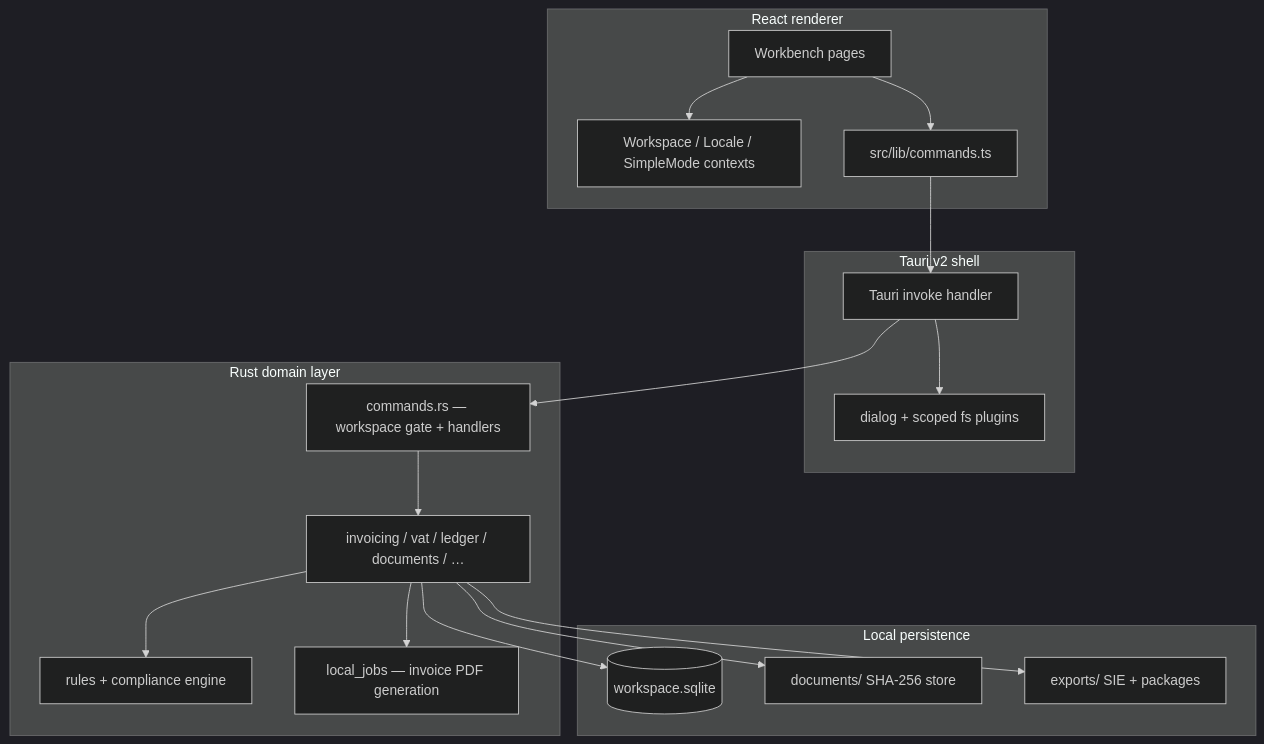
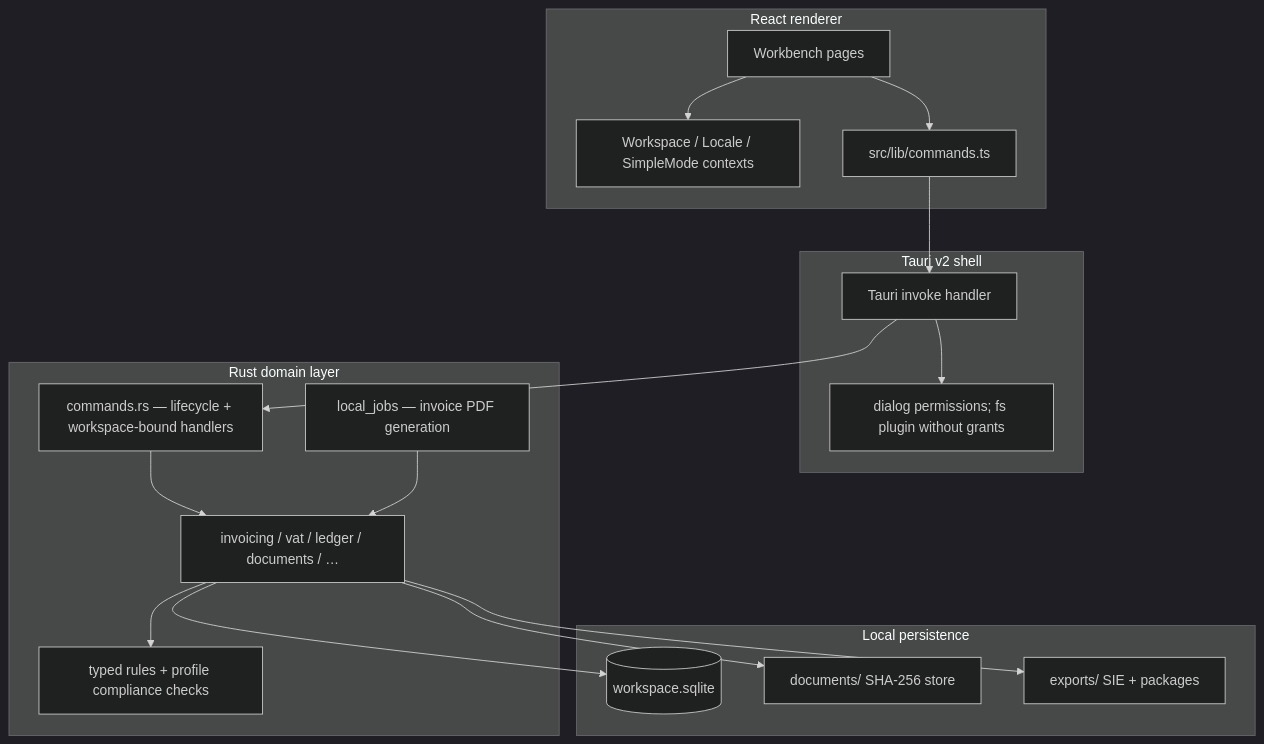
One commit to vomba/oppenbokforing changed the diagram in docs/CODEMAPS/ARCHITECTURE.md. Above: the diagram before and after it, drawn with Mermaid (dark theme). The commit also changed other lines of this file and 9 other files, not shown here.

Commit message:
docs(specs): establish product and adopted architecture graph

````diff
--- a/docs/CODEMAPS/ARCHITECTURE.md
+++ b/docs/CODEMAPS/ARCHITECTURE.md
@@ -9,38 +26,38 @@
 ```mermaid
 flowchart TB
   subgraph renderer [React renderer]
     Pages[Workbench pages]
     Ctx[Workspace / Locale / SimpleMode contexts]
     CmdWrap[src/lib/commands.ts]
     Pages --> Ctx
     Pages --> CmdWrap
   end
 
   subgraph tauri [Tauri v2 shell]
     Invoke[Tauri invoke handler]
-    Plugins[dialog + scoped fs plugins]
+    Plugins[dialog permissions; fs plugin without grants]
     CmdWrap --> Invoke
     Invoke --> Plugins
   end
 
   subgraph rust [Rust domain layer]
-    Commands[commands.rs — workspace gate + handlers]
+    Commands[commands.rs — lifecycle + workspace-bound handlers]
     Domains[invoicing / vat / ledger / documents / …]
-    Rules[rules + compliance engine]
+    Rules[typed rules + profile compliance checks]
     Jobs[local_jobs — invoice PDF generation]
     Commands --> Domains
     Domains --> Rules
-    Domains --> Jobs
+    Jobs --> Domains
   end
 
   subgraph storage [Local persistence]
     SQLite[(workspace.sqlite)]
     Docs[documents/ SHA-256 store]
     Exports[exports/ SIE + packages]
     Domains --> SQLite
     Domains --> Docs
     Domains --> Exports
   end
 
   Invoke --> Commands
 ```
````
